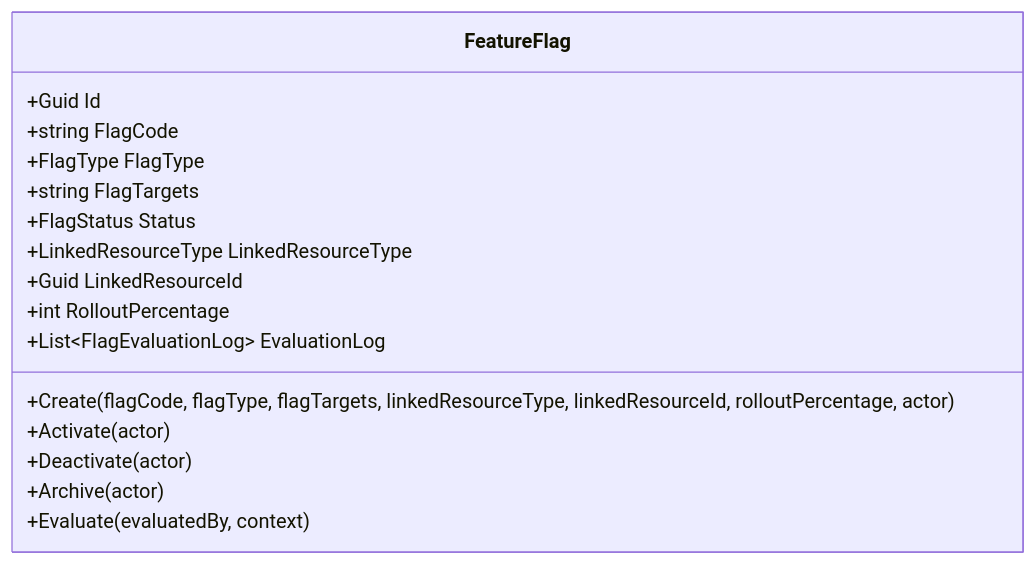
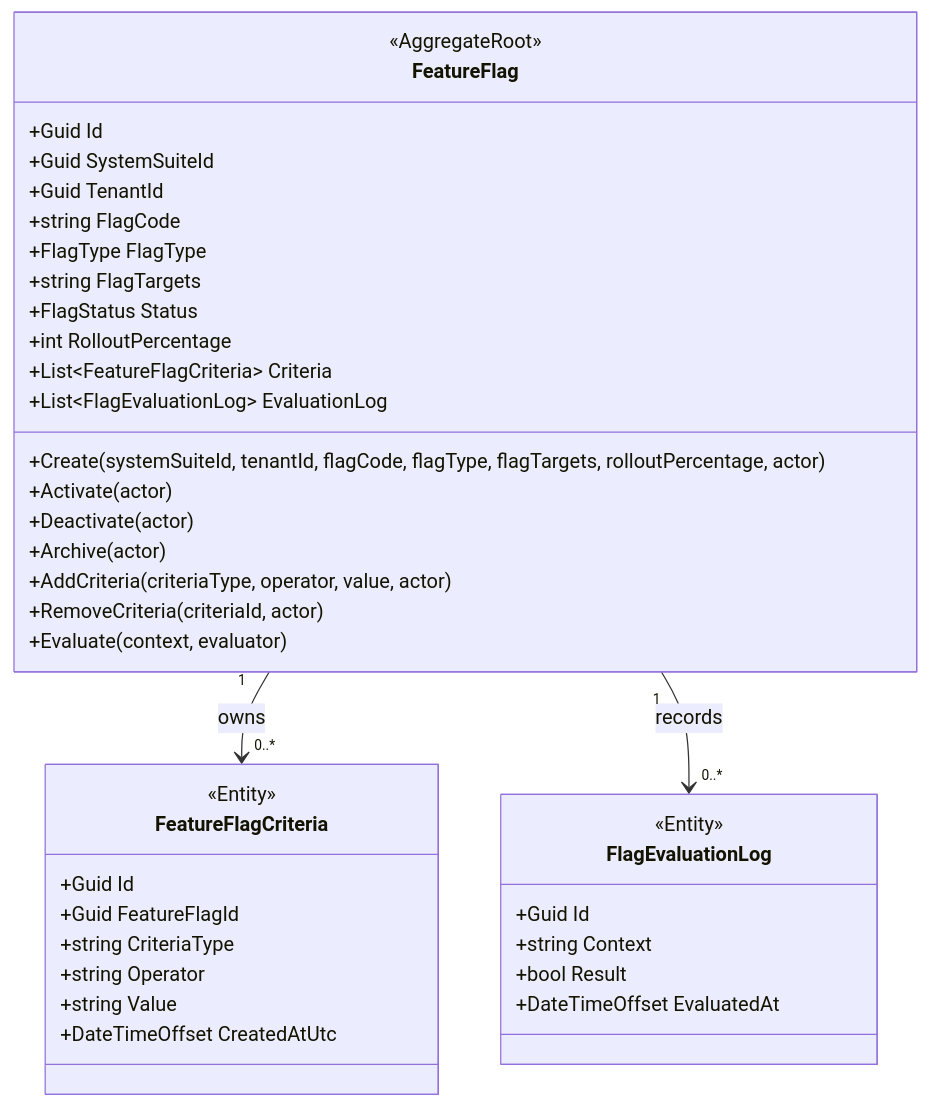
The first of 4 diagrams in docs/domain/configuration/feature-flag.md (beyondnetcode/ums), drawn with Mermaid before and after one commit. The commit also changed other lines of this file and 10 other files, not shown here.

````diff
--- a/docs/domain/configuration/feature-flag.md
+++ b/docs/domain/configuration/feature-flag.md
@@ -74,19 +92,42 @@
 ```mermaid
 classDiagram
+    direction TB
     class FeatureFlag {
+        <<AggregateRoot>>
         +Guid Id
+        +Guid SystemSuiteId
+        +Guid TenantId
         +string FlagCode
         +FlagType FlagType
         +string FlagTargets
         +FlagStatus Status
-        +LinkedResourceType LinkedResourceType
-        +Guid LinkedResourceId
         +int RolloutPercentage
+        +List~FeatureFlagCriteria~ Criteria
         +List~FlagEvaluationLog~ EvaluationLog
-        +Create(flagCode, flagType, flagTargets, linkedResourceType, linkedResourceId, rolloutPercentage, actor)
+        +Create(systemSuiteId, tenantId, flagCode, flagType, flagTargets, rolloutPercentage, actor)
         +Activate(actor)
         +Deactivate(actor)
         +Archive(actor)
-        +Evaluate(evaluatedBy, context)
+        +AddCriteria(criteriaType, operator, value, actor)
+        +RemoveCriteria(criteriaId, actor)
+        +Evaluate(context, evaluator)
     }
+    class FeatureFlagCriteria {
+        <<Entity>>
+        +Guid Id
+        +Guid FeatureFlagId
+        +string CriteriaType
+        +string Operator
+        +string Value
+        +DateTimeOffset CreatedAtUtc
+    }
+    class FlagEvaluationLog {
+        <<Entity>>
+        +Guid Id
+        +string Context
+        +bool Result
+        +DateTimeOffset EvaluatedAt
+    }
+    FeatureFlag "1" --> "0..*" FeatureFlagCriteria : owns
+    FeatureFlag "1" --> "0..*" FlagEvaluationLog : records
 ```
````
